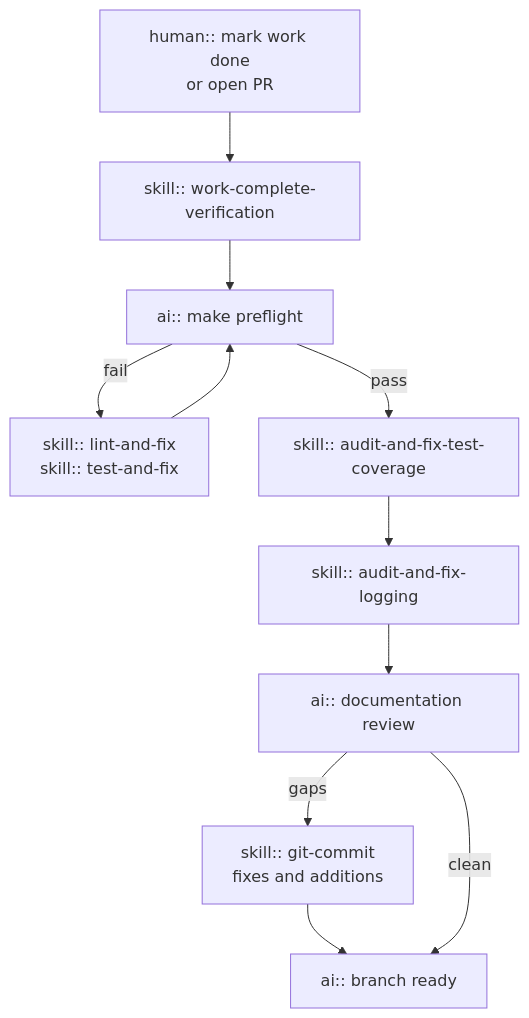
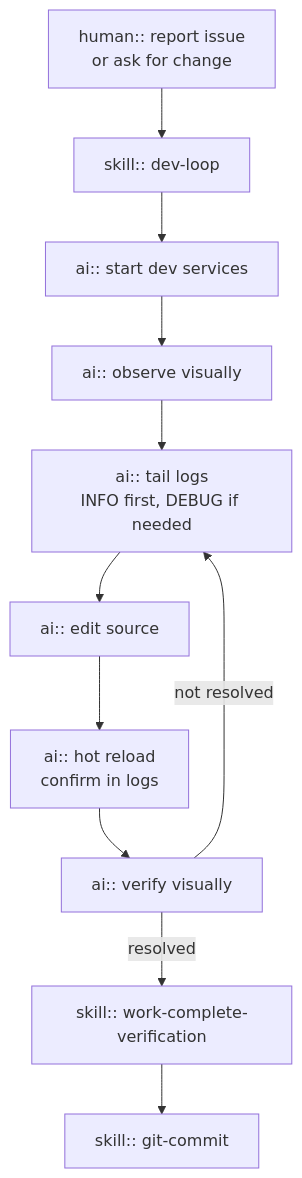
One commit to tcamise-gpsw/ai-golden-repo changed the third of 5 diagrams in README-META.md. Above: the diagram before and after it, drawn with Mermaid. The commit also changed other lines of this file and 6 other files, not shown here.

First line of the commit message:
feat(agents): add code-review skill; wire architecture enforcement

````diff
--- a/README-META.md
+++ b/README-META.md
@@ -140,13 +147,13 @@
 ```mermaid
 flowchart TD
-    A["human:: mark work done\nor open PR"] --> B["skill:: work-complete-verification"]
-    B --> C["ai:: make preflight"]
-    C -->|fail| D["skill:: lint-and-fix\nskill:: test-and-fix"]
-    D --> C
-    C -->|pass| E["skill:: audit-and-fix-test-coverage"]
-    E --> F["skill:: audit-and-fix-logging"]
-    F --> G["ai:: documentation review"]
-    G -->|gaps| H["skill:: git-commit\nfixes and additions"]
-    H --> I["ai:: branch ready"]
-    G -->|clean| I
+    A["human:: report issue\nor ask for change"] --> B["skill:: dev-loop"]
+    B --> C["ai:: start dev services"]
+    C --> D["ai:: observe visually"]
+    D --> E["ai:: tail logs\nINFO first, DEBUG if needed"]
+    E --> F["ai:: edit source"]
+    F --> G["ai:: hot reload\nconfirm in logs"]
+    G --> H["ai:: verify visually"]
+    H -->|resolved| I["skill:: work-complete-verification"]
+    H -->|not resolved| E
+    I --> J["skill:: git-commit"]
 ```
````
